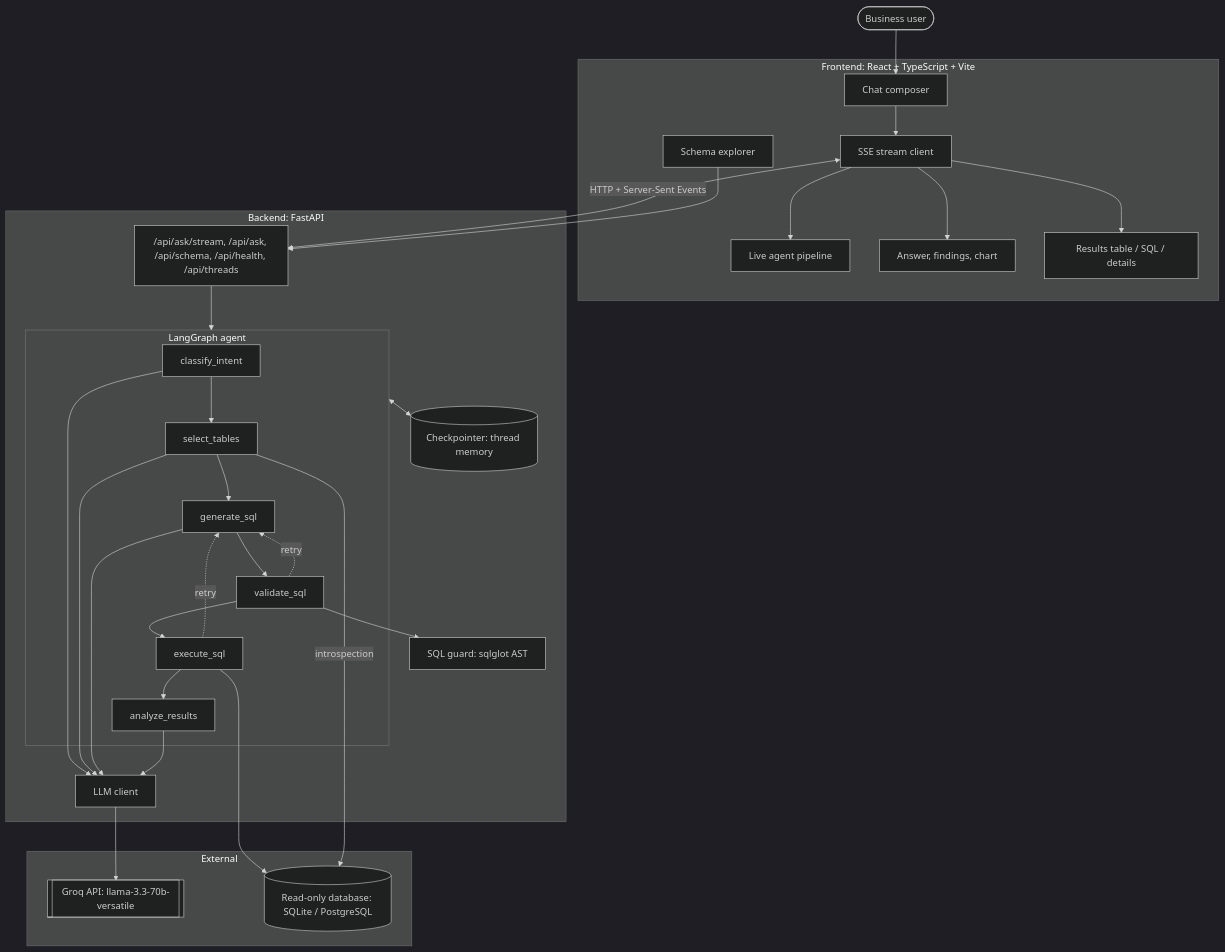
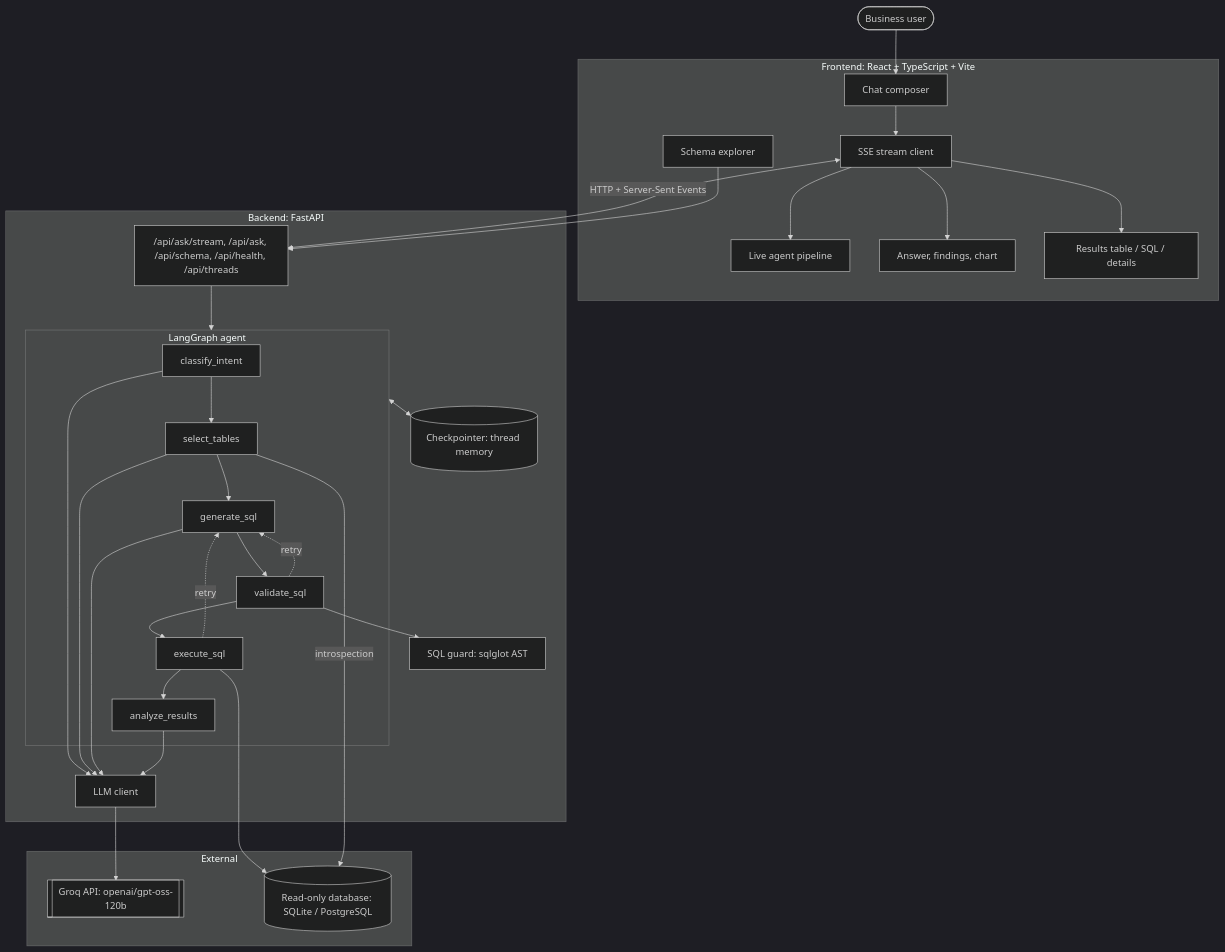
The diagram in docs/diagrams/system-architecture.mmd (MHassan-AiExpert/Insight-Graph-Agentic-SQL-Data-Analyst-), drawn with Mermaid (dark theme) before and after one commit. The commit also changed 25 other files, not shown here.

First line of the commit message:
Live-testing improvements: default model, faster reasoning, multi-series charts

```diff
--- a/docs/diagrams/system-architecture.mmd
+++ b/docs/diagrams/system-architecture.mmd
@@ -1,36 +1,36 @@
 flowchart TB
     U([Business user]) --> UI
 
     subgraph FE["Frontend: React + TypeScript + Vite"]
         UI[Chat composer] --> SSE[SSE stream client]
         SSE --> PIPE[Live agent pipeline]
         SSE --> ANS[Answer, findings, chart]
         SSE --> TAB[Results table / SQL / details]
         SCH[Schema explorer]
     end
 
     subgraph BE["Backend: FastAPI"]
         API["/api/ask/stream, /api/ask, /api/schema, /api/health, /api/threads"]
         subgraph AG["LangGraph agent"]
             N1[classify_intent] --> N2[select_tables] --> N3[generate_sql] --> N4[validate_sql] --> N5[execute_sql] --> N6[analyze_results]
             N4 -. retry .-> N3
             N5 -. retry .-> N3
         end
         CP[(Checkpointer: thread memory)]
         GUARD[SQL guard: sqlglot AST]
         LLMC[LLM client]
     end
 
     subgraph EXT["External"]
-        GROQ[[Groq API: llama-3.3-70b-versatile]]
+        GROQ[[Groq API: openai/gpt-oss-120b]]
         DB[(Read-only database: SQLite / PostgreSQL)]
     end
 
     SSE <-->|HTTP + Server-Sent Events| API
     SCH --> API
     API --> AG
     AG <--> CP
     N4 --> GUARD
     N1 & N2 & N3 & N6 --> LLMC --> GROQ
     N5 --> DB
     N2 -->|introspection| DB
```
